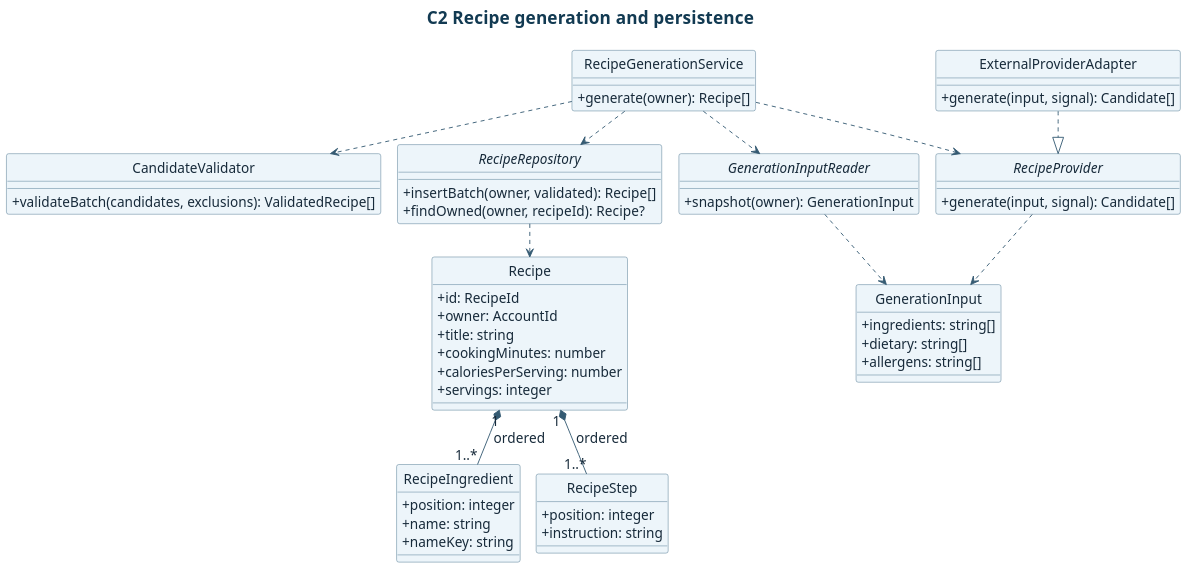
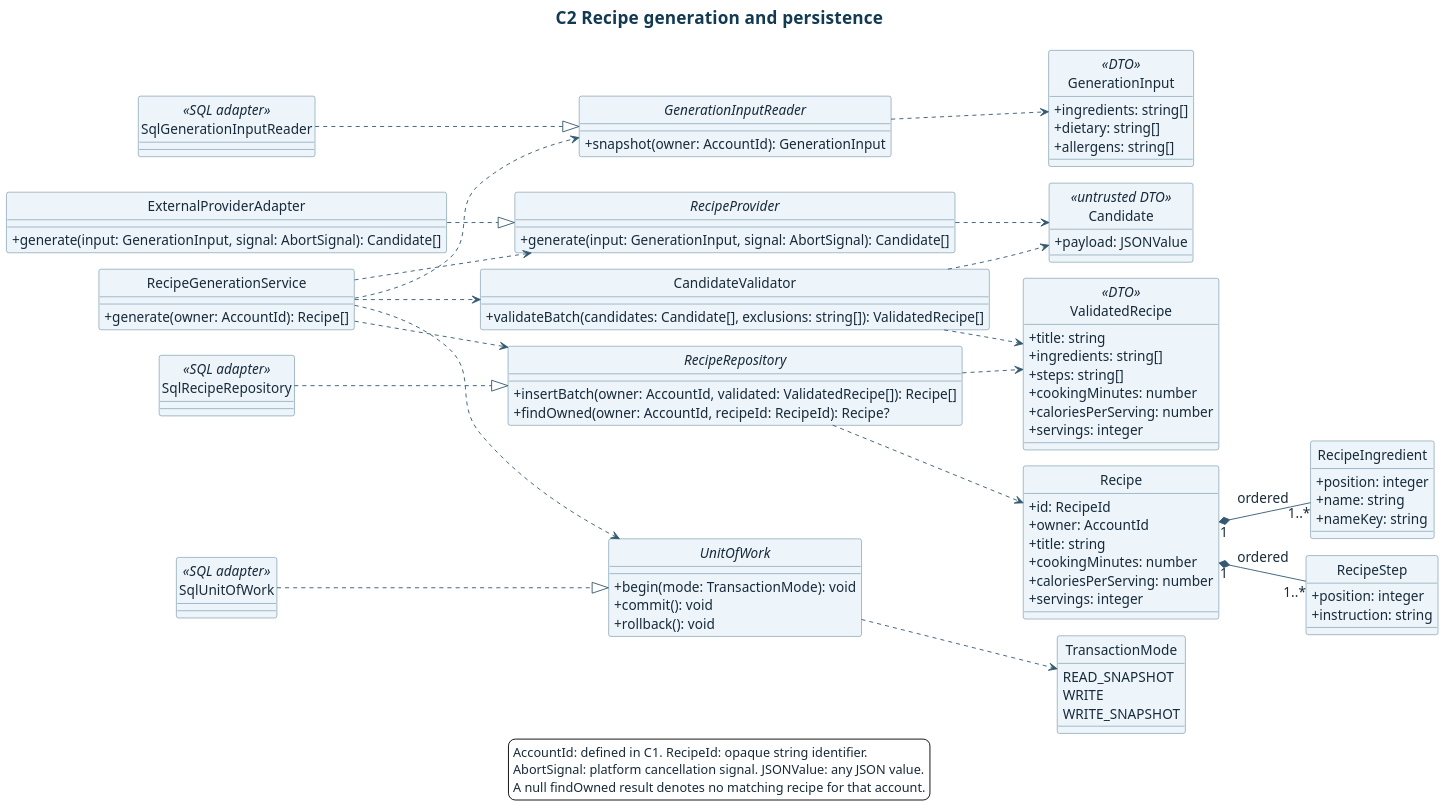
One commit to SarpCizer/CMPE331-Project changed the diagram in docs/design/class/recipe-pipeline.puml. Above: the diagram before and after it, drawn with PlantUML. The commit also changed 5 other files, not shown here.

```diff
--- a/docs/design/class/recipe-pipeline.puml
+++ b/docs/design/class/recipe-pipeline.puml
@@ -1,75 +1,115 @@
 @startuml
 title C2  Recipe generation and persistence
 skinparam backgroundColor #FFFFFF
 skinparam defaultFontName Arial
 skinparam defaultFontColor #172A3A
 skinparam defaultFontSize 15
 skinparam ArrowColor #345A72
 skinparam Shadowing false
 skinparam dpi 150
 skinparam TitleFontColor #123A52
 skinparam TitleFontSize 19
 skinparam ClassBackgroundColor #EDF5FA
 skinparam ClassBorderColor #456F89
 skinparam ComponentBackgroundColor #EDF5FA
 skinparam ComponentBorderColor #456F89
 skinparam PackageBorderColor #456F89
 skinparam ParticipantBackgroundColor #E6F4F0
 skinparam ParticipantBorderColor #417364
 skinparam SequenceGroupBackgroundColor #EDF5FA
 skinparam SequenceGroupBorderColor #617C8D
 !pragma layout smetana
+left to right direction
 hide circle
 skinparam classAttributeIconSize 0
+skinparam nodesep 32
 class RecipeGenerationService {
-  +generate(owner): Recipe[]
+  +generate(owner: AccountId): Recipe[]
 }
 interface GenerationInputReader {
-  +snapshot(owner): GenerationInput
+  +snapshot(owner: AccountId): GenerationInput
 }
-class GenerationInput {
+class GenerationInput <<DTO>> {
   +ingredients: string[]
   +dietary: string[]
   +allergens: string[]
 }
 interface RecipeProvider {
-  +generate(input, signal): Candidate[]
+  +generate(input: GenerationInput, signal: AbortSignal): Candidate[]
 }
 class ExternalProviderAdapter {
-  +generate(input, signal): Candidate[]
+  +generate(input: GenerationInput, signal: AbortSignal): Candidate[]
+}
+class Candidate <<untrusted DTO>> {
+  +payload: JSONValue
 }
 class CandidateValidator {
-  +validateBatch(candidates, exclusions): ValidatedRecipe[]
+  +validateBatch(candidates: Candidate[], exclusions: string[]): ValidatedRecipe[]
+}
+class ValidatedRecipe <<DTO>> {
+  +title: string
+  +ingredients: string[]
+  +steps: string[]
+  +cookingMinutes: number
+  +caloriesPerServing: number
+  +servings: integer
 }
 interface RecipeRepository {
-  +insertBatch(owner, validated): Recipe[]
-  +findOwned(owner, recipeId): Recipe?
+  +insertBatch(owner: AccountId, validated: ValidatedRecipe[]): Recipe[]
+  +findOwned(owner: AccountId, recipeId: RecipeId): Recipe?
 }
 class Recipe {
   +id: RecipeId
   +owner: AccountId
   +title: string
   +cookingMinutes: number
   +caloriesPerServing: number
   +servings: integer
 }
 class RecipeIngredient {
   +position: integer
   +name: string
   +nameKey: string
 }
 class RecipeStep {
   +position: integer
   +instruction: string
 }
+interface UnitOfWork {
+  +begin(mode: TransactionMode): void
+  +commit(): void
+  +rollback(): void
+}
+enum TransactionMode {
+  READ_SNAPSHOT
+  WRITE
+  WRITE_SNAPSHOT
+}
+class SqlGenerationInputReader <<SQL adapter>>
+class SqlRecipeRepository <<SQL adapter>>
+class SqlUnitOfWork <<SQL adapter>>
+SqlGenerationInputReader ..|> GenerationInputReader
+SqlRecipeRepository ..|> RecipeRepository
+SqlUnitOfWork ..|> UnitOfWork
 RecipeGenerationService ..> GenerationInputReader
 RecipeGenerationService ..> RecipeProvider
 RecipeGenerationService ..> CandidateValidator
 RecipeGenerationService ..> RecipeRepository
+RecipeGenerationService ..> UnitOfWork
 GenerationInputReader ..> GenerationInput
-RecipeProvider ..> GenerationInput
+RecipeProvider ..> Candidate
+CandidateValidator ..> Candidate
+CandidateValidator ..> ValidatedRecipe
 ExternalProviderAdapter ..|> RecipeProvider
 RecipeRepository ..> Recipe
+RecipeRepository ..> ValidatedRecipe
+UnitOfWork ..> TransactionMode
 Recipe "1" *-- "1..*" RecipeIngredient : ordered
 Recipe "1" *-- "1..*" RecipeStep : ordered
+
+legend bottom
+  AccountId: defined in C1. RecipeId: opaque string identifier.
+  AbortSignal: platform cancellation signal. JSONValue: any JSON value.
+  A null findOwned result denotes no matching recipe for that account.
+endlegend
 @enduml
```
